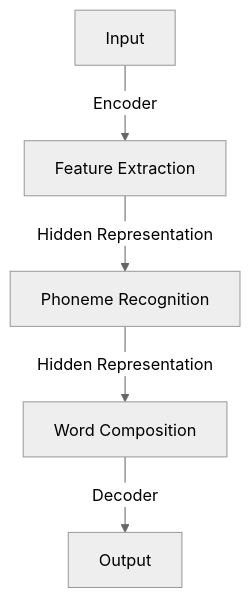
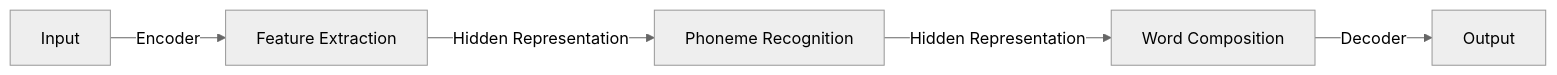
Before and after one commit to mojimoon/CityU-CS: the sixth of 7 diagrams in src/CS4486/CS4486.md, drawn with Mermaid (neutral theme). The commit also changed other lines of this file and 1 other file, not shown here.

````diff
--- a/src/CS4486/CS4486.md
+++ b/src/CS4486/CS4486.md
@@ -2144,7 +2135,7 @@
 ```mermaid
-graph TD
+graph LR
     A[Input] --> |Encoder| B[Feature Extraction]
     B --> |Hidden Representation| C[Phoneme Recognition]
     C --> |Hidden Representation| D[Word Composition]
     D --> |Decoder| E[Output]
 ```
````
